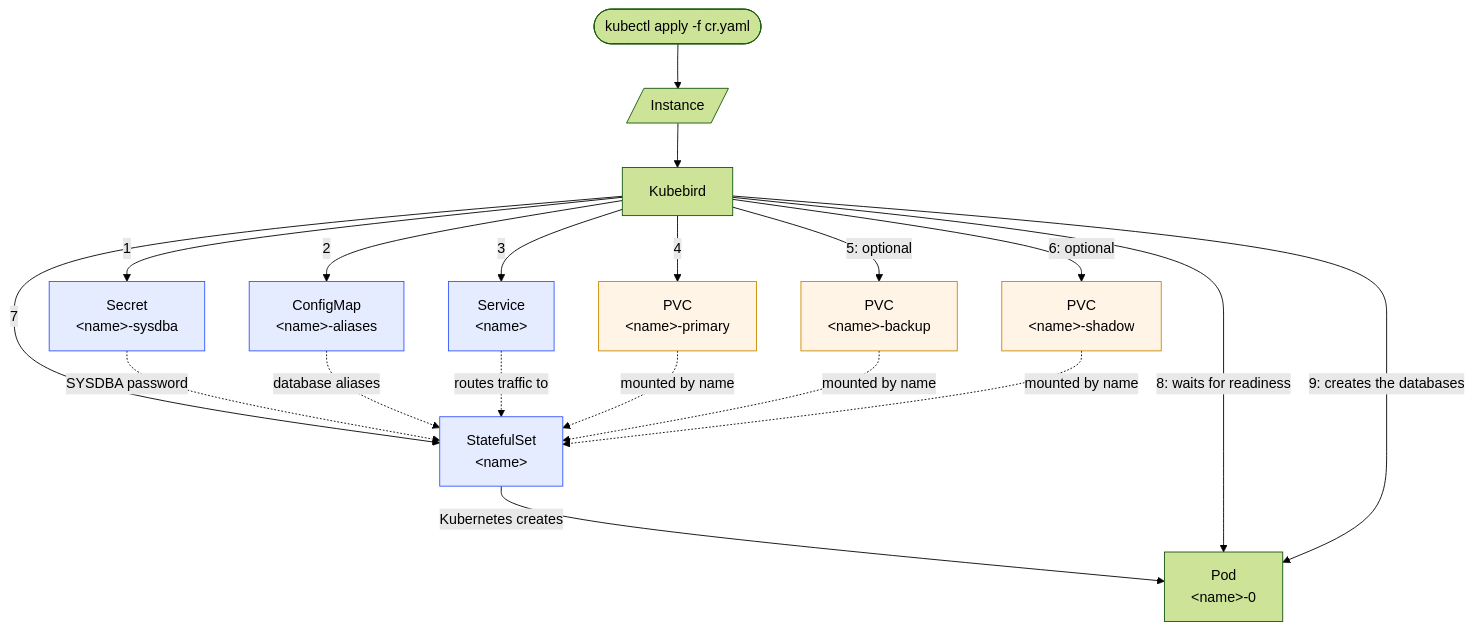
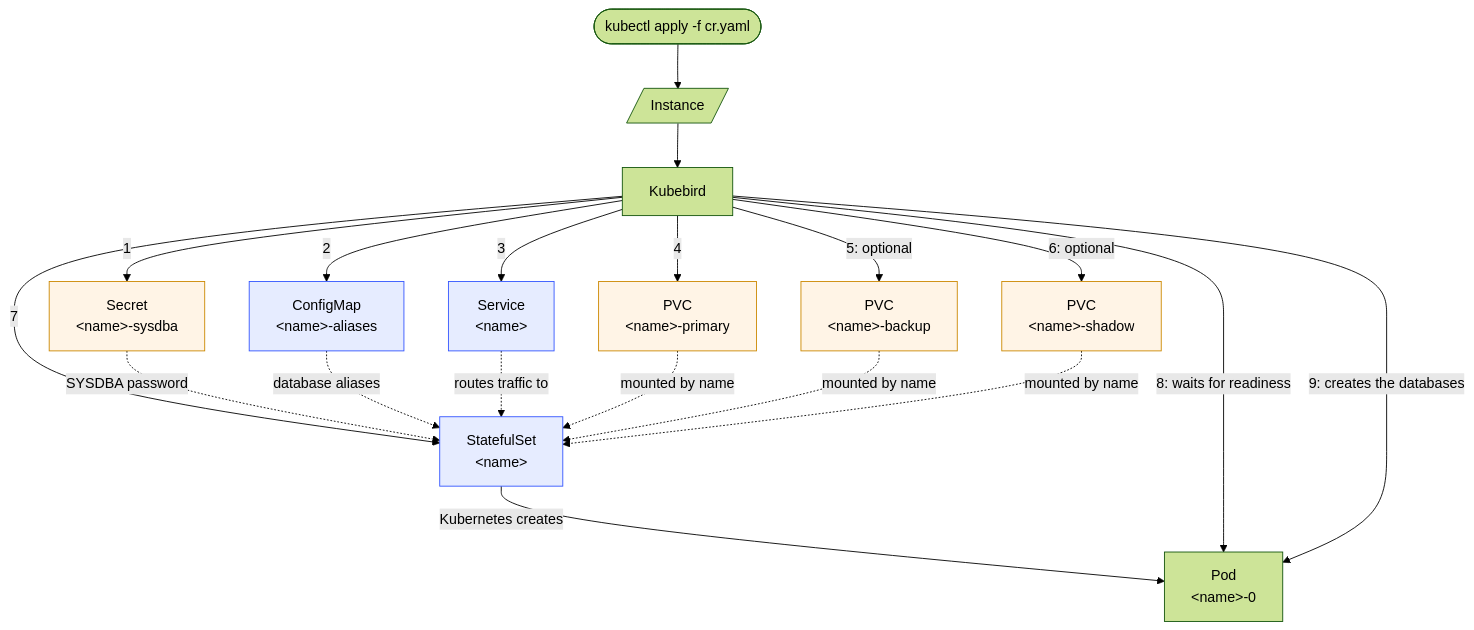
One commit to henryx/kubebird changed the diagram in README.md. Above: the diagram before and after it, drawn with Mermaid (forest theme). The commit also changed other lines of this file and 9 other files, not shown here.

````diff
--- a/README.md
+++ b/README.md
@@ -167,30 +168,30 @@
 ```mermaid
 flowchart TD
     User(["kubectl apply -f cr.yaml"]) --> CR[/"Instance"/]
     CR --> Kubebird["Kubebird"]
 
     Kubebird -->|"1"| Secret["Secret<br/>&lt;name&gt;-sysdba"]
     Kubebird -->|"2"| CM["ConfigMap<br/>&lt;name&gt;-aliases"]
     Kubebird -->|"3"| Service["Service<br/>&lt;name&gt;"]
     Kubebird -->|"4"| PVCPrimary["PVC<br/>&lt;name&gt;-primary"]
     Kubebird -->|"5: optional"| PVCBackup["PVC<br/>&lt;name&gt;-backup"]
     Kubebird -->|"6: optional"| PVCShadow["PVC<br/>&lt;name&gt;-shadow"]
     Kubebird -->|"7"| STS["StatefulSet<br/>&lt;name&gt;"]
 
     Secret -.->|SYSDBA password| STS
     CM -.->|database aliases| STS
     Service -.->|routes traffic to| STS
     PVCPrimary -.->|mounted by name| STS
     PVCBackup -.->|mounted by name| STS
     PVCShadow -.->|mounted by name| STS
 
     STS -->|Kubernetes creates| Pod["Pod<br/>&lt;name&gt;-0"]
 
     Kubebird -->|"8: waits for readiness"| Pod
     Kubebird -->|"9: creates the databases"| Pod
 
     classDef owned fill:#e6ecff,stroke:#3355ff,color:#000
-    class Secret,CM,Service,STS owned
+    class CM,Service,STS owned
     classDef unowned fill:#fff4e6,stroke:#cc8800,color:#000
-    class PVCPrimary,PVCBackup,PVCShadow unowned
+    class Secret,PVCPrimary,PVCBackup,PVCShadow unowned
 ```
````
